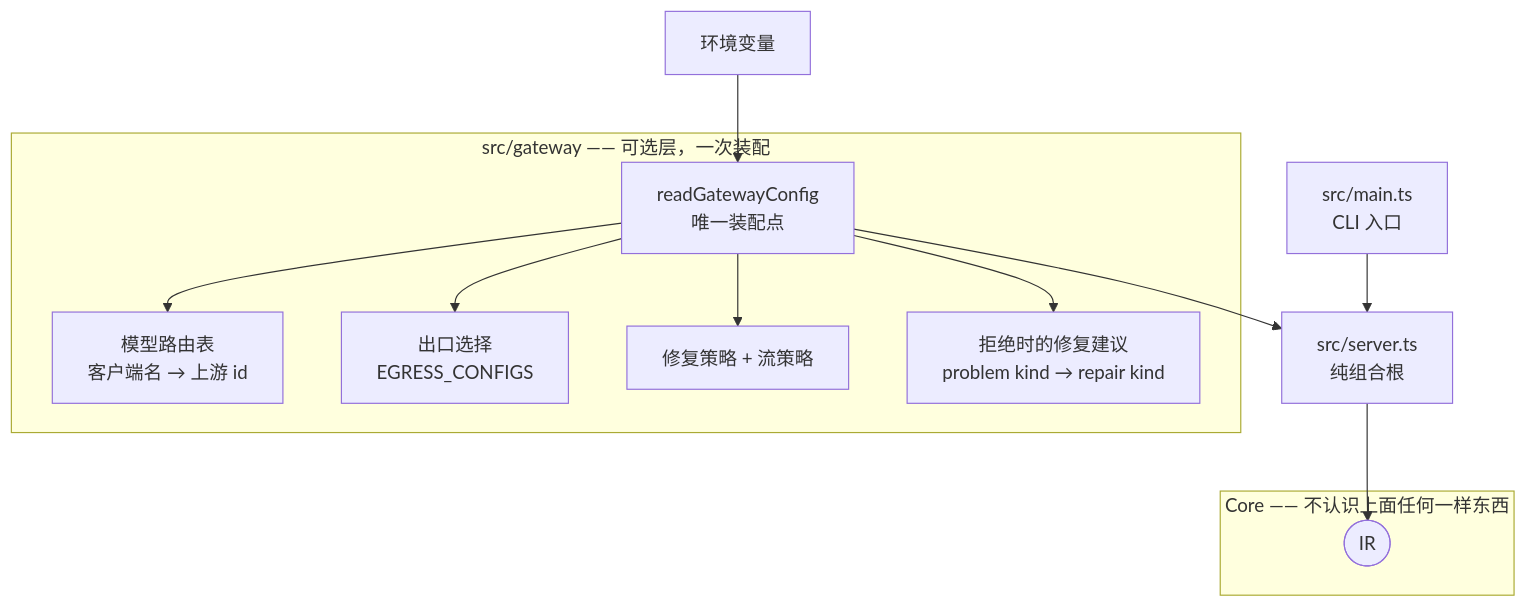
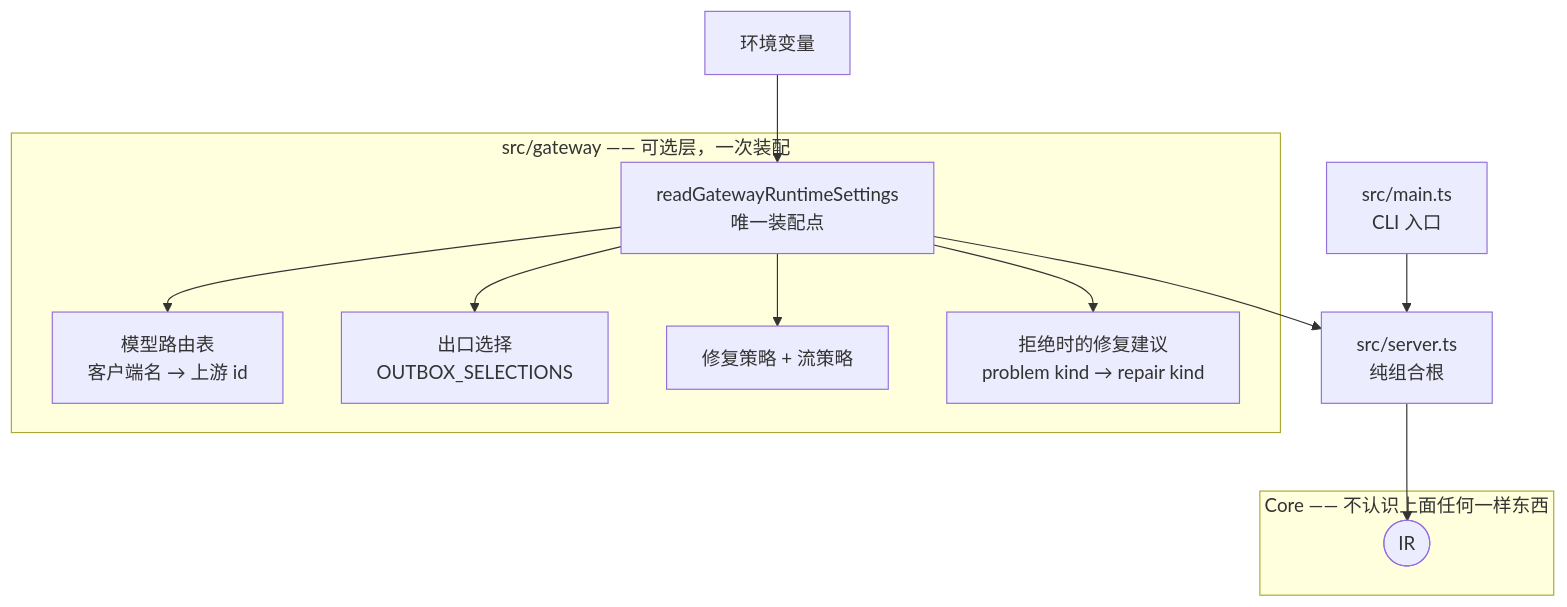
Before and after one commit to junknet/agent-ir: the fifth of 5 diagrams in docs/ARCHITECTURE.md, drawn with Mermaid. The commit also changed other lines of this file and 76 other files, not shown here.

````diff
--- a/docs/ARCHITECTURE.md
+++ b/docs/ARCHITECTURE.md
@@ -167,22 +212,22 @@
 ```mermaid
 flowchart TB
   ENV["环境变量"]
   subgraph GW["src/gateway —— 可选层，一次装配"]
-    CFG["readGatewayConfig<br/>唯一装配点"]
+    CFG["readGatewayRuntimeSettings<br/>唯一装配点"]
     MODEL["模型路由表<br/>客户端名 → 上游 id"]
-    SEL["出口选择<br/>EGRESS_CONFIGS"]
+    SEL["出口选择<br/>OUTBOX_SELECTIONS"]
     POL["修复策略 + 流策略"]
     ADV["拒绝时的修复建议<br/>problem kind → repair kind"]
   end
   subgraph CORE["Core —— 不认识上面任何一样东西"]
     IR(["IR"])
   end
   SRV["src/server.ts<br/>纯组合根"]
   MAIN["src/main.ts<br/>CLI 入口"]
 
   ENV --> CFG
   CFG --> MODEL & SEL & POL & ADV
   MAIN --> SRV
   CFG --> SRV
   SRV --> IR
 ```
````
